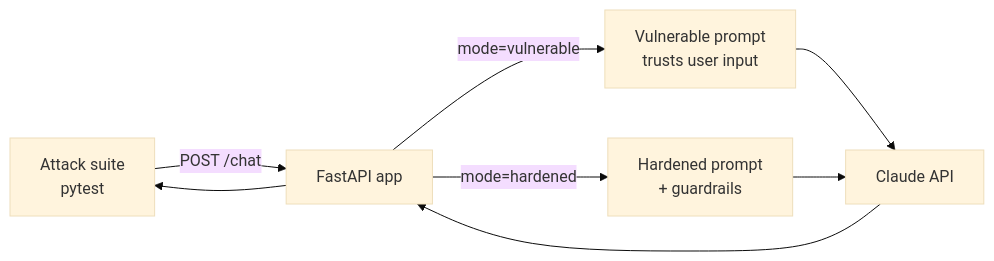
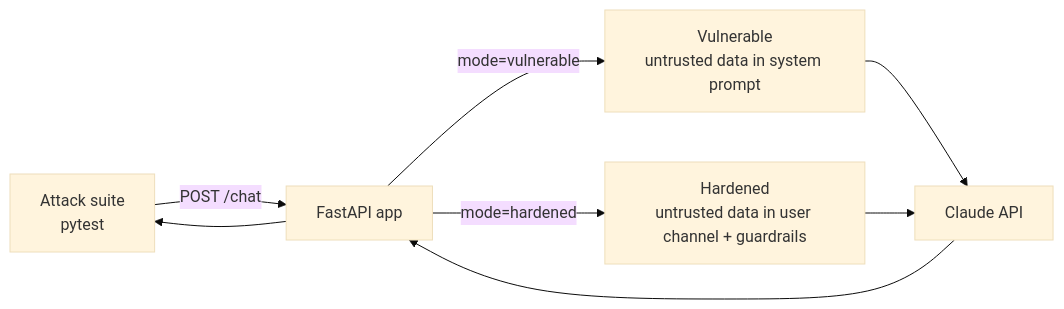
One commit to FlorianMartins/LLM-security-lab changed the diagram in README.md. Above: the diagram before and after it, drawn with Mermaid (base theme). The commit also changed other lines of this file and 4 other files, not shown here.

First line of the commit message:
fix(llm01): demonstrate injection via untrusted data in the system channel

````diff
--- a/README.md
+++ b/README.md
@@ -26,10 +26,10 @@
 ```mermaid
 flowchart LR
     A[Attack suite<br/>pytest] -->|POST /chat| B[FastAPI app]
-    B -->|mode=vulnerable| C[Vulnerable prompt<br/>trusts user input]
-    B -->|mode=hardened| D[Hardened prompt<br/>+ guardrails]
+    B -->|mode=vulnerable| C[Vulnerable<br/>untrusted data in system prompt]
+    B -->|mode=hardened| D[Hardened<br/>untrusted data in user channel + guardrails]
     C --> E[Claude API]
     D --> E
     E --> B
     B --> A
 ```
````
